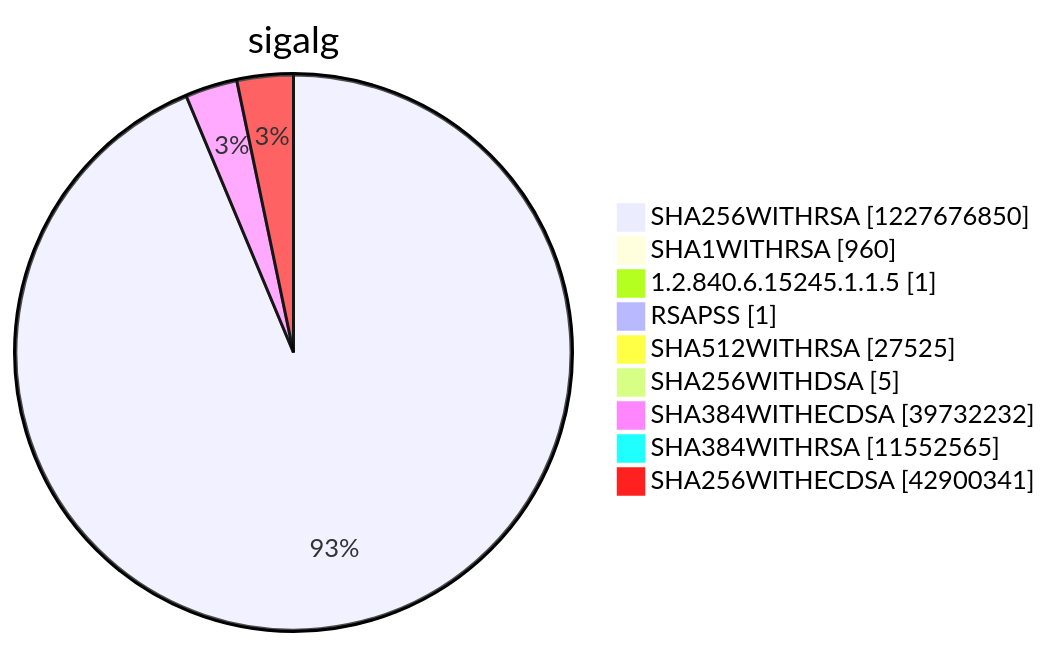
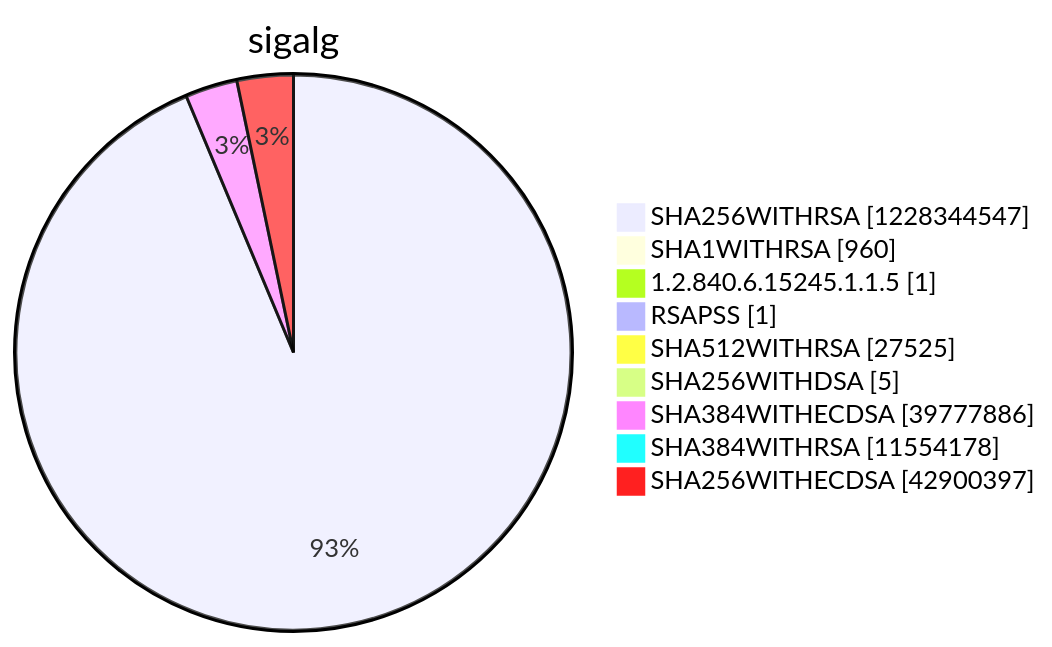
Diagram 15 of 15 in argon2022/README.md (christiankrug/ctmonitor_visualization), drawn with Mermaid before and after one commit. The commit also changed other lines of this file, not shown here.

````diff
--- a/argon2022/README.md
+++ b/argon2022/README.md
@@ -5522,13 +5522,13 @@
 ```mermaid
 pie showData
 title sigalg
-"SHA256WITHRSA" :1227676850
+"SHA256WITHRSA" :1228344547
 "SHA1WITHRSA" :960
 "1.2.840.6.15245.1.1.5" :1
 "RSAPSS" :1
 "SHA512WITHRSA" :27525
 "SHA256WITHDSA" :5
-"SHA384WITHECDSA" :39732232
-"SHA384WITHRSA" :11552565
-"SHA256WITHECDSA" :42900341
+"SHA384WITHECDSA" :39777886
+"SHA384WITHRSA" :11554178
+"SHA256WITHECDSA" :42900397
 ```
````
